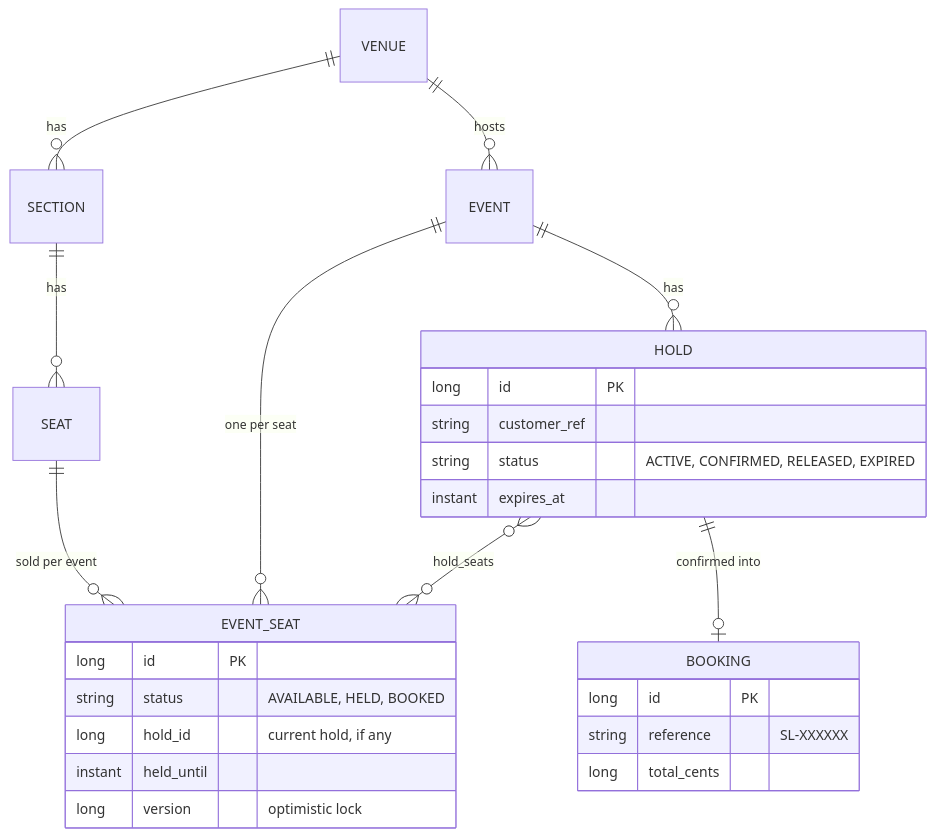
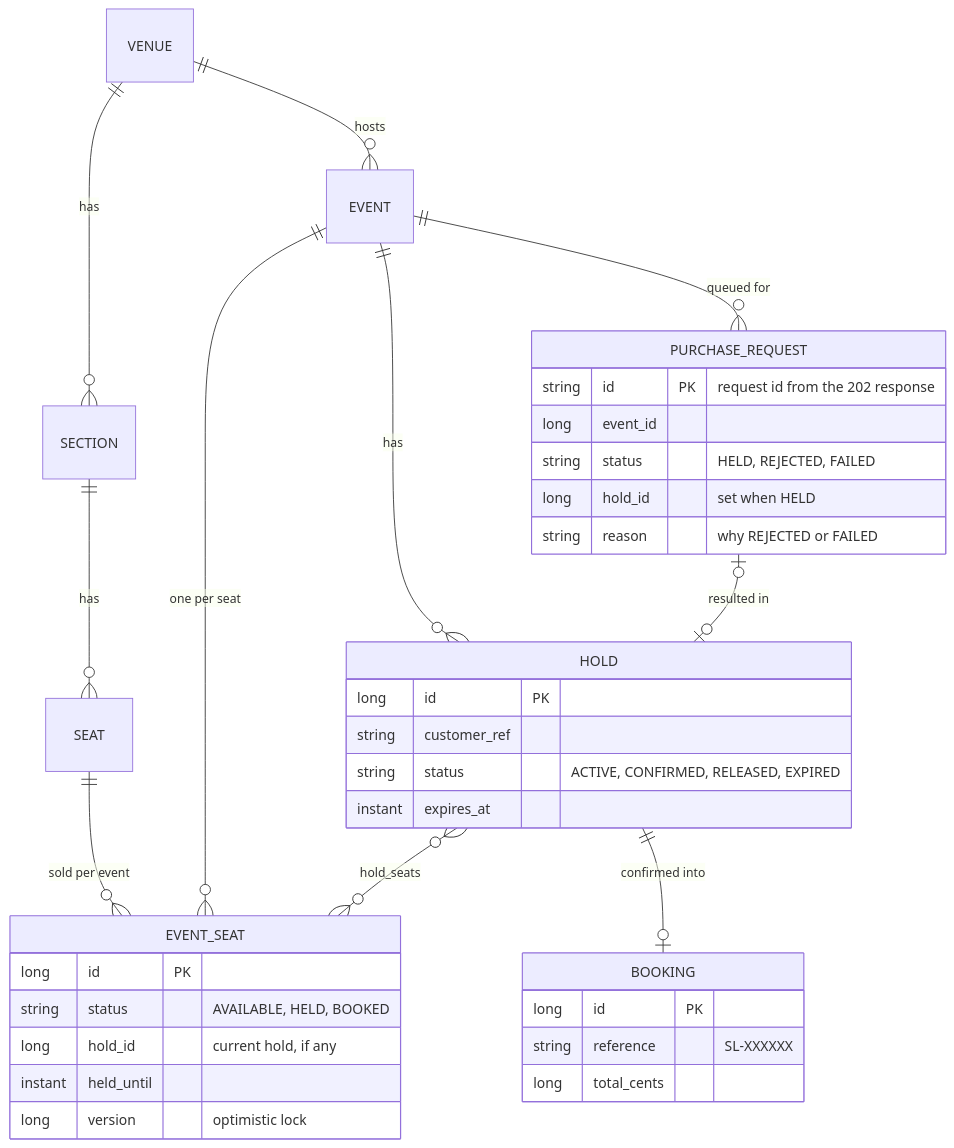
One commit to mohanarevarapu-commits/SeatLock changed the second of 6 diagrams in docs/ARCHITECTURE.md. Above: the diagram before and after it, drawn with Mermaid. The commit also changed other lines of this file, not shown here.

First line of the commit message:
Update architecture guide for rate limiting and queued checkout

````diff
--- a/docs/ARCHITECTURE.md
+++ b/docs/ARCHITECTURE.md
@@ -34,30 +54,39 @@
 ```mermaid
 erDiagram
     VENUE ||--o{ SECTION : has
     SECTION ||--o{ SEAT : has
     VENUE ||--o{ EVENT : hosts
     EVENT ||--o{ EVENT_SEAT : "one per seat"
     SEAT ||--o{ EVENT_SEAT : "sold per event"
     EVENT ||--o{ HOLD : has
     HOLD }o--o{ EVENT_SEAT : "hold_seats"
     HOLD ||--o| BOOKING : "confirmed into"
+    EVENT ||--o{ PURCHASE_REQUEST : "queued for"
+    PURCHASE_REQUEST |o--o| HOLD : "resulted in"
 
     EVENT_SEAT {
         long id PK
         string status "AVAILABLE, HELD, BOOKED"
         long hold_id "current hold, if any"
         instant held_until
         long version "optimistic lock"
     }
     HOLD {
         long id PK
         string customer_ref
         string status "ACTIVE, CONFIRMED, RELEASED, EXPIRED"
         instant expires_at
     }
     BOOKING {
         long id PK
         string reference "SL-XXXXXX"
         long total_cents
     }
+    PURCHASE_REQUEST {
+        string id PK "request id from the 202 response"
+        long event_id
+        string status "HELD, REJECTED, FAILED"
+        long hold_id "set when HELD"
+        string reason "why REJECTED or FAILED"
+    }
 ```
````
